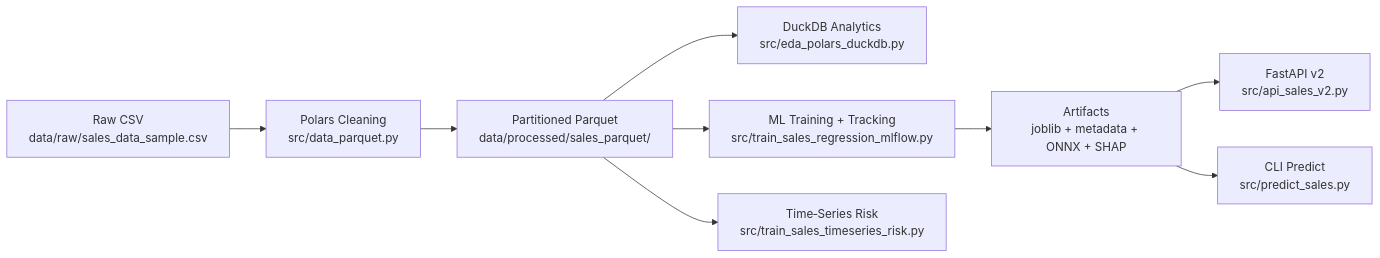
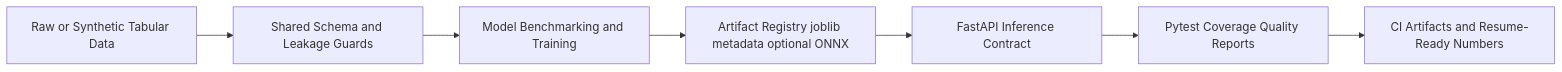
The diagram in README.md (mhmdevan/ml-sales-eda-regression), drawn with Mermaid before and after one commit. The commit also changed other lines of this file and 64 other files, not shown here.

````diff
--- a/README.md
+++ b/README.md
@@ -69,11 +22,9 @@
 ```mermaid
 flowchart LR
-  A[Raw CSV<br/>data/raw/sales_data_sample.csv] --> B[Polars Cleaning<br/>src/data_parquet.py]
-  B --> C[Partitioned Parquet<br/>data/processed/sales_parquet/]
-  C --> D[DuckDB Analytics<br/>src/eda_polars_duckdb.py]
-  C --> E[ML Training + Tracking<br/>src/train_sales_regression_mlflow.py]
-  E --> F[Artifacts<br/>joblib + metadata + ONNX + SHAP]
-  C --> G[Time‑Series Risk<br/>src/train_sales_timeseries_risk.py]
-  F --> H[FastAPI v2<br/>src/api_sales_v2.py]
-  F --> I[CLI Predict<br/>src/predict_sales.py]
+  A[Raw or Synthetic Tabular Data] --> B[Shared Schema and Leakage Guards]
+  B --> C[Model Benchmarking and Training]
+  C --> D[Artifact Registry joblib metadata optional ONNX]
+  D --> E[FastAPI Inference Contract]
+  E --> F[Pytest Coverage Quality Reports]
+  F --> G[CI Artifacts and Resume-Ready Numbers]
 ```
````
